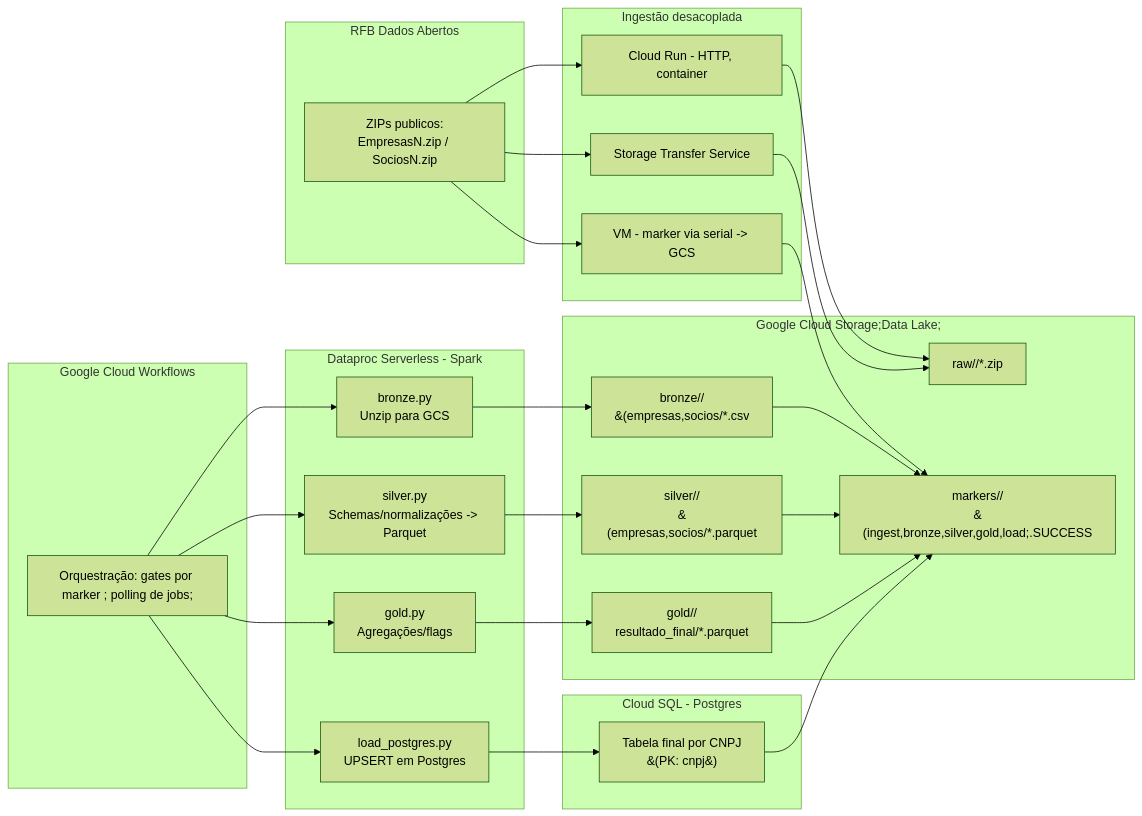
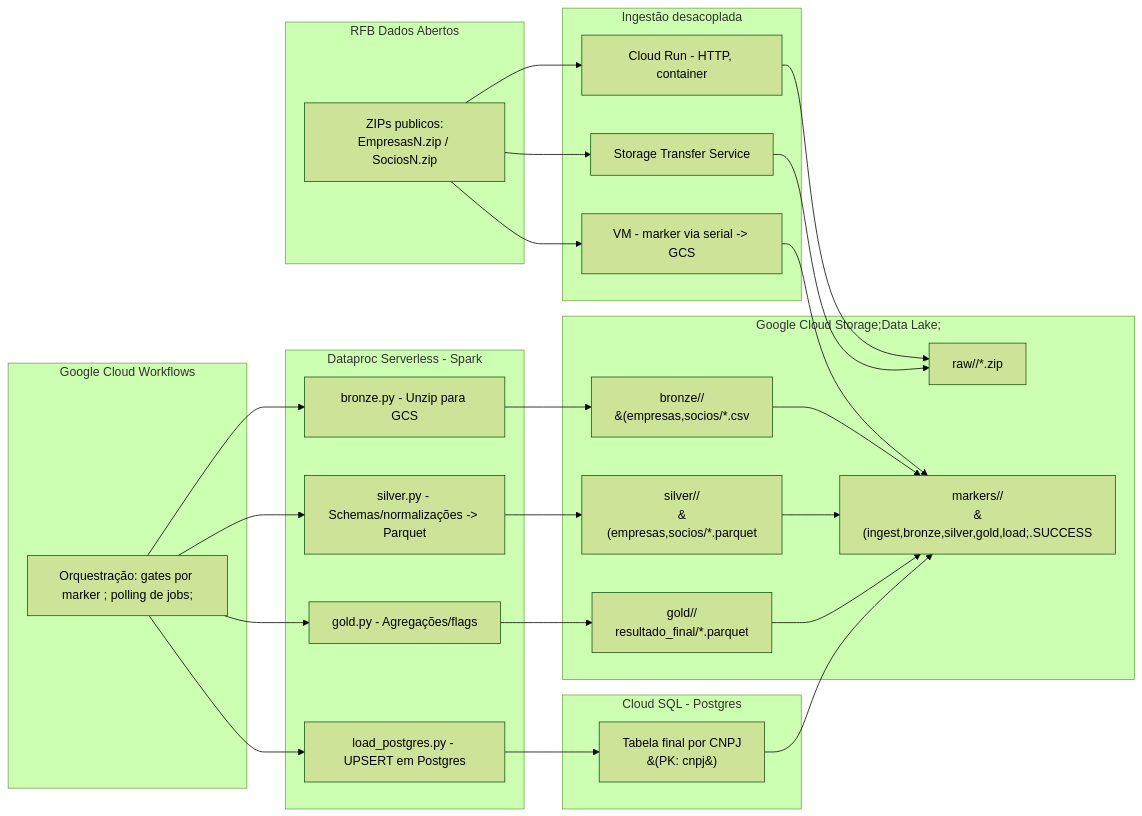
One commit to jaquerando/case_stone changed the diagram in README.md. Above: the diagram before and after it, drawn with Mermaid (forest theme).

````diff
--- a/README.md
+++ b/README.md
@@ -48,54 +48,54 @@
 ```mermaid
 flowchart LR
 
   %% === SOURCES ===
   subgraph SRC["RFB Dados Abertos"]
     s1["ZIPs publicos:<br/>EmpresasN.zip / SociosN.zip"]
   end
 
   %% === INGEST ===
   subgraph ING["Ingestão desacoplada"]
     A["Cloud Run - HTTP, container"]
     B["Storage Transfer Service"]
     C["VM - marker via serial -> GCS"]
   end
 
   %% === STORAGE ===
   subgraph GCS["Google Cloud Storage;Data Lake;"]
     raw["raw/<run_id>/*.zip"]
     brz["bronze/<run_id>/<br/>&#40;empresas,socios/*.csv"]
     slv["silver/<run_id>/<br/>&#40;empresas,socios/*.parquet"]
     gld["gold/<run_id>/<br/>resultado_final/*.parquet"]
     mrk["markers/<run_id>/<br/>&#40;ingest,bronze,silver,gold,load;.SUCCESS"]
   end
 
   %% === WORKFLOWS ===
   subgraph WF["Google Cloud Workflows"]
     wf1["Orquestração: gates por marker ; polling de jobs;"]
   end
 
   %% === SPARK ===
   subgraph DP["Dataproc Serverless - Spark"]
-    p1["bronze.py<br/>Unzip para GCS"]
-    p2["silver.py<br/>Schemas/normalizações -> Parquet"]
-    p3["gold.py<br/>Agregações/flags"]
-    p4["load_postgres.py<br/>UPSERT em Postgres"]
+    p1["bronze.py - Unzip para GCS"]
+    p2["silver.py - Schemas/normalizações -> Parquet"]
+    p3["gold.py - Agregações/flags"]
+    p4["load_postgres.py - UPSERT em Postgres"]
   end
 
   %% === DB ===
   subgraph SQL["Cloud SQL - Postgres "]
     tbl["Tabela final por CNPJ<br/>&#40;PK: cnpj&#41;"]
   end
 
   %% === FLOWS ===
   s1 --> A & B & C
 
   A --> raw
   B --> raw
   C --> mrk
 
   wf1 --> p1 --> brz --> mrk
   wf1 --> p2 --> slv --> mrk
   wf1 --> p3 --> gld --> mrk
   wf1 --> p4 --> tbl --> mrk
 ```
````
